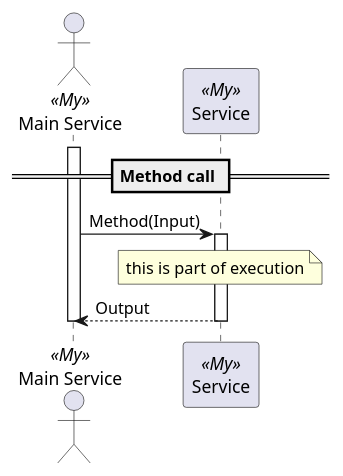
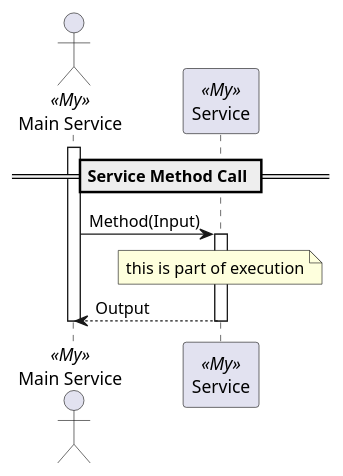
The third of 13 diagrams in docs/tuc/parts.md (TypedUseCase/tuc-console), drawn with PlantUML before and after one commit. The commit also changed other lines of this file and 18 other files, not shown here.

````diff
--- a/docs/tuc/parts.md
+++ b/docs/tuc/parts.md
@@ -161,17 +161,17 @@
 ```puml
 @startuml service-method-call
 
-== Method call ==
+== Service Method Call ==
 
 actor "Main Service" as MainService <<My>>
 participant "Service" as Service <<My>>
 
 activate MainService
 MainService -> Service ++: Method(Input)
     note over Service: this is part of execution
 Service --> MainService --: Output
 
 deactivate MainService
 
 @enduml
 ```
````
